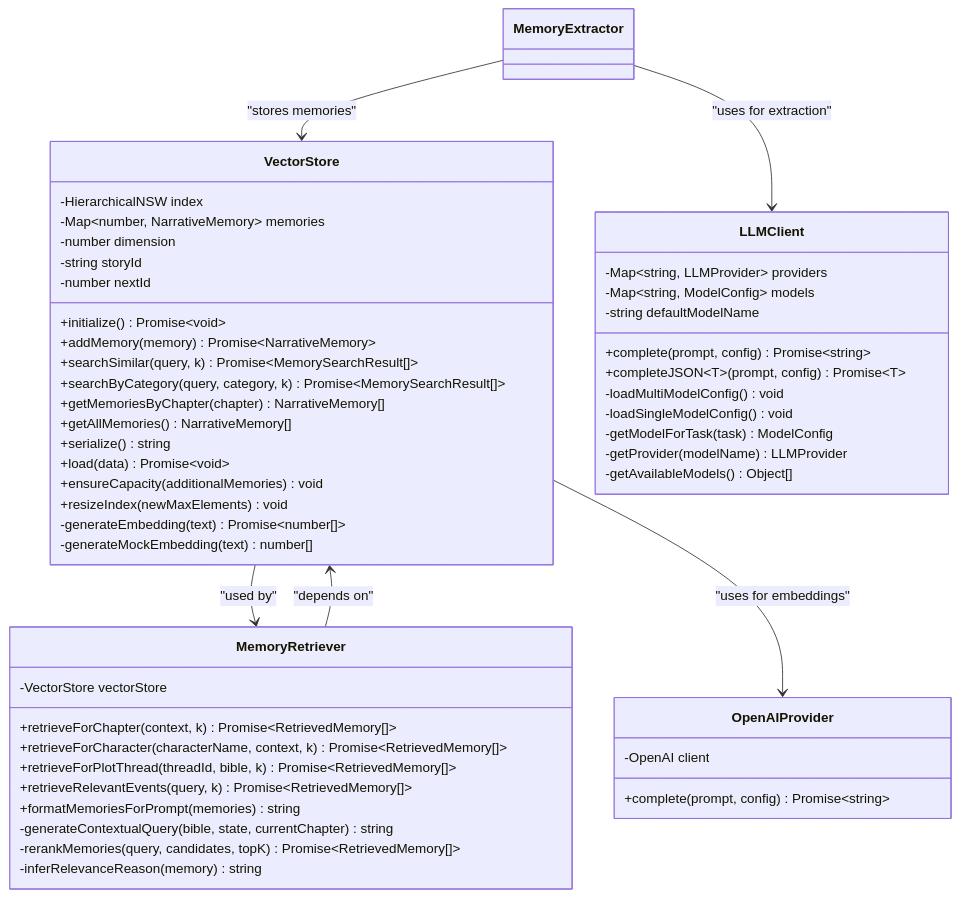
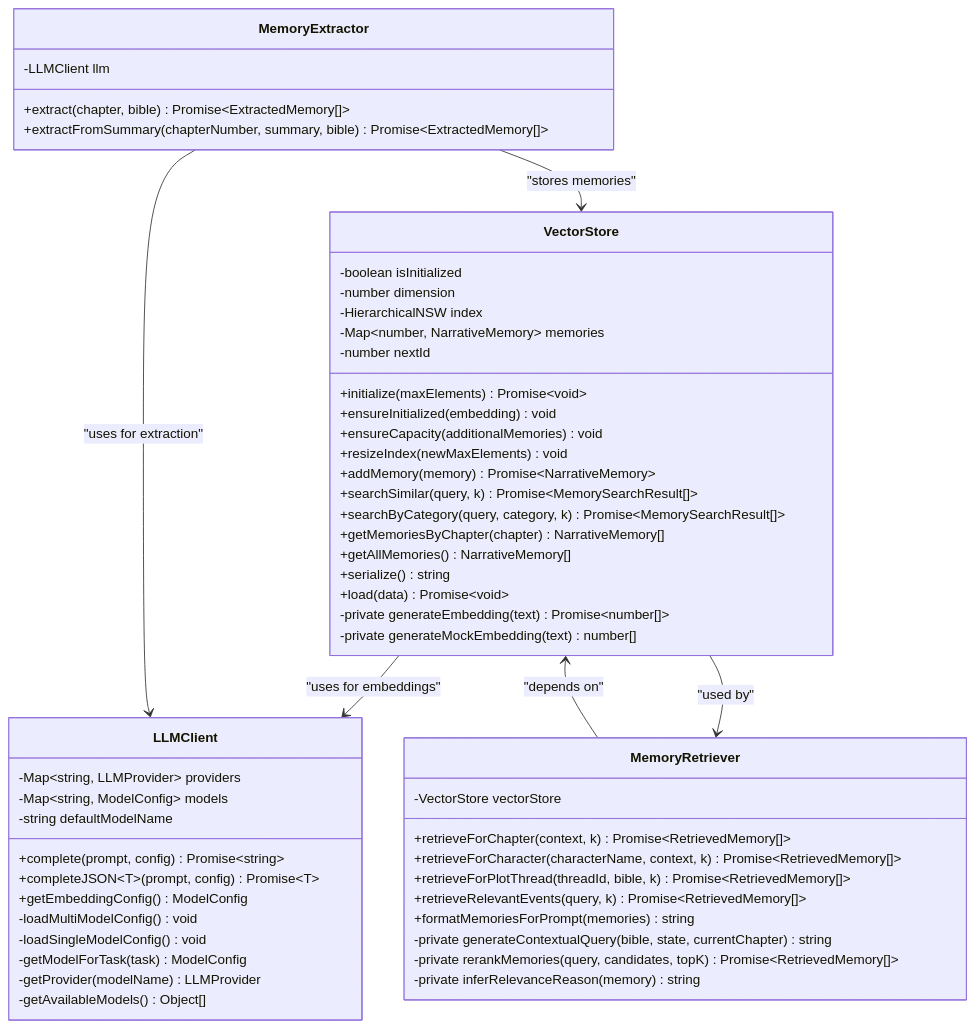
One commit to liwonder/NARRITIVE_OS changed the second of 8 diagrams in .qoder/repowiki/en/content/Memory Management System/Vector Store Class.md. Above: the diagram before and after it, drawn with Mermaid. The commit also changed other lines of this file and 14 other files, not shown here.

````diff
--- a/.qoder/repowiki/en/content/Memory Management System/Vector Store Class.md
+++ b/.qoder/repowiki/en/content/Memory Management System/Vector Store Class.md
@@ -111,54 +108,57 @@
 ```mermaid
 classDiagram
 class VectorStore {
+-boolean isInitialized
+-number dimension
 -HierarchicalNSW index
 -Map~number, NarrativeMemory~ memories
--number dimension
--string storyId
 -number nextId
-+initialize() Promise~void~
++initialize(maxElements) Promise~void~
++ensureInitialized(embedding) void
++ensureCapacity(additionalMemories) void
++resizeIndex(newMaxElements) void
 +addMemory(memory) Promise~NarrativeMemory~
 +searchSimilar(query, k) Promise~MemorySearchResult[]~
 +searchByCategory(query, category, k) Promise~MemorySearchResult[]~
 +getMemoriesByChapter(chapter) NarrativeMemory[]
 +getAllMemories() NarrativeMemory[]
 +serialize() string
 +load(data) Promise~void~
-+ensureCapacity(additionalMemories) void
-+resizeIndex(newMaxElements) void
--generateEmbedding(text) Promise~number[]~
--generateMockEmbedding(text) number[]
+-private generateEmbedding(text) Promise~number[]~
+-private generateMockEmbedding(text) number[]
 }
 class MemoryRetriever {
 -VectorStore vectorStore
 +retrieveForChapter(context, k) Promise~RetrievedMemory[]~
 +retrieveForCharacter(characterName, context, k) Promise~RetrievedMemory[]~
 +retrieveForPlotThread(threadId, bible, k) Promise~RetrievedMemory[]~
 +retrieveRelevantEvents(query, k) Promise~RetrievedMemory[]~
 +formatMemoriesForPrompt(memories) string
--generateContextualQuery(bible, state, currentChapter) string
--rerankMemories(query, candidates, topK) Promise~RetrievedMemory[]~
--inferRelevanceReason(memory) string
+-private generateContextualQuery(bible, state, currentChapter) string
+-private rerankMemories(query, candidates, topK) Promise~RetrievedMemory[]~
+-private inferRelevanceReason(memory) string
 }
 class LLMClient {
 -Map~string, LLMProvider~ providers
 -Map~string, ModelConfig~ models
 -string defaultModelName
 +complete(prompt, config) Promise~string~
 +completeJSON~T~(prompt, config) Promise~T~
++getEmbeddingConfig() ModelConfig
 -loadMultiModelConfig() void
 -loadSingleModelConfig() void
 -getModelForTask(task) ModelConfig
 -getProvider(modelName) LLMProvider
 -getAvailableModels() Object[]
 }
-class OpenAIProvider {
--OpenAI client
-+complete(prompt, config) Promise~string~
+class MemoryExtractor {
+-LLMClient llm
++extract(chapter, bible) Promise~ExtractedMemory[]~
++extractFromSummary(chapterNumber, summary, bible) Promise~ExtractedMemory[]~
 }
 VectorStore --> MemoryRetriever : "used by"
 MemoryRetriever --> VectorStore : "depends on"
-VectorStore --> OpenAIProvider : "uses for embeddings"
+VectorStore --> LLMClient : "uses for embeddings"
 MemoryExtractor --> LLMClient : "uses for extraction"
 MemoryExtractor --> VectorStore : "stores memories"
 ```
````
